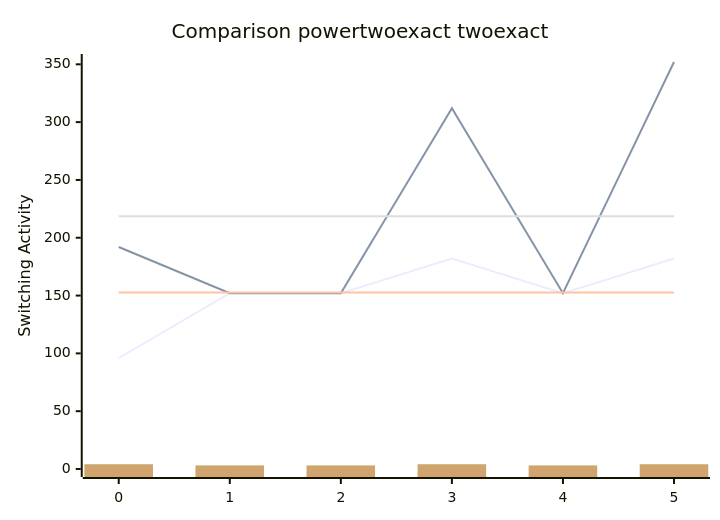
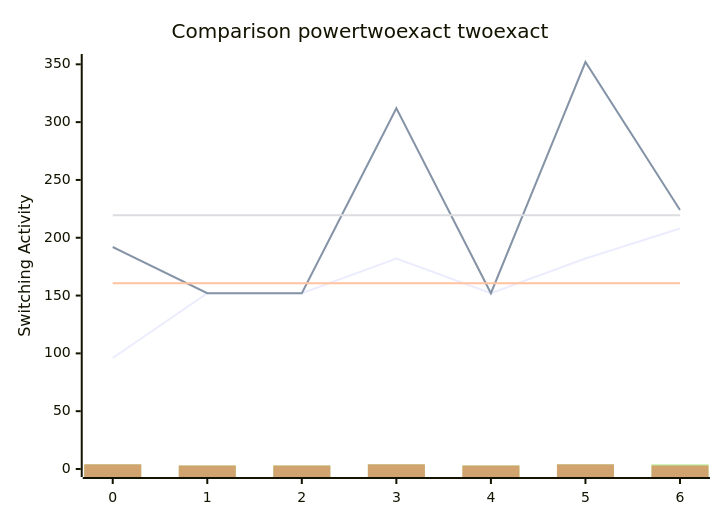
One commit to FeldmeierMichael/Exact-Power-Synthesis changed the diagram in benchmark.md. Above: the diagram before and after it, drawn with Mermaid. The commit also changed other lines of this file and 2 other files, not shown here.

````diff
--- a/benchmark.md
+++ b/benchmark.md
@@ -13,12 +15,12 @@
 ```mermaid
 xychart-beta
     title "Comparison powertwoexact twoexact"
-    x-axis [0, 1, 2, 3, 4, 5]
+    x-axis [0, 1, 2, 3, 4, 5, 6]
     y-axis "Switching Activity" 0-->352
-    line [96, 152, 152, 182, 152, 182]
-    line [192, 152, 152, 312, 152, 352]
-    line [152.66666666666666, 152.66666666666666, 152.66666666666666, 152.66666666666666, 152.66666666666666, 152.66666666666666]
-    line [218.66666666666666, 218.66666666666666, 218.66666666666666, 218.66666666666666, 218.66666666666666, 218.66666666666666]
-    bar [4, 3, 3, 4, 3, 4, 4, 3, 3, 4, 3, 4, 4, 3, 3, 4, 3, 4, 4, 3, 3, 4, 3, 4, 4, 3, 3, 4, 3, 4, 4, 3, 3, 4, 3, 4, 4, 3, 3, 4, 3, 4, 4, 3, 3, 4, 3, 4, 4, 3, 3, 4, 3, 4, 4, 3, 3, 4, 3, 4, 4, 3, 3, 4, 3, 4, 4, 3, 3, 4, 3, 4, 4, 3, 3, 4, 3, 4, 4, 3, 3, 4, 3, 4, 4, 3, 3, 4, 3, 4, 4, 3, 3, 4, 3, 4, 4, 3, 3, 4, 3, 4, 4, 3, 3, 4, 3, 4, 4, 3, 3, 4, 3, 4, 4, 3, 3, 4, 3, 4]
-    bar [4, 3, 3, 4, 3, 4, 4, 3, 3, 4, 3, 4, 4, 3, 3, 4, 3, 4, 4, 3, 3, 4, 3, 4, 4, 3, 3, 4, 3, 4, 4, 3, 3, 4, 3, 4, 4, 3, 3, 4, 3, 4, 4, 3, 3, 4, 3, 4, 4, 3, 3, 4, 3, 4, 4, 3, 3, 4, 3, 4, 4, 3, 3, 4, 3, 4, 4, 3, 3, 4, 3, 4, 4, 3, 3, 4, 3, 4, 4, 3, 3, 4, 3, 4, 4, 3, 3, 4, 3, 4, 4, 3, 3, 4, 3, 4, 4, 3, 3, 4, 3, 4, 4, 3, 3, 4, 3, 4, 4, 3, 3, 4, 3, 4, 4, 3, 3, 4, 3, 4]
+    line [96, 152, 152, 182, 152, 182, 208]
+    line [192, 152, 152, 312, 152, 352, 224]
+    line [160.57142857142858, 160.57142857142858, 160.57142857142858, 160.57142857142858, 160.57142857142858, 160.57142857142858, 160.57142857142858]
+    line [219.42857142857142, 219.42857142857142, 219.42857142857142, 219.42857142857142, 219.42857142857142, 219.42857142857142, 219.42857142857142]
+    bar [4, 3, 3, 4, 3, 4, 4, 4, 3, 3, 4, 3, 4, 4, 4, 3, 3, 4, 3, 4, 4, 4, 3, 3, 4, 3, 4, 4, 4, 3, 3, 4, 3, 4, 4, 4, 3, 3, 4, 3, 4, 4, 4, 3, 3, 4, 3, 4, 4, 4, 3, 3, 4, 3, 4, 4, 4, 3, 3, 4, 3, 4, 4, 4, 3, 3, 4, 3, 4, 4, 4, 3, 3, 4, 3, 4, 4, 4, 3, 3, 4, 3, 4, 4, 4, 3, 3, 4, 3, 4, 4, 4, 3, 3, 4, 3, 4, 4, 4, 3, 3, 4, 3, 4, 4, 4, 3, 3, 4, 3, 4, 4, 4, 3, 3, 4, 3, 4, 4, 4, 3, 3, 4, 3, 4, 4, 4, 3, 3, 4, 3, 4, 4, 4, 3, 3, 4, 3, 4, 4]
+    bar [4, 3, 3, 4, 3, 4, 3, 4, 3, 3, 4, 3, 4, 3, 4, 3, 3, 4, 3, 4, 3, 4, 3, 3, 4, 3, 4, 3, 4, 3, 3, 4, 3, 4, 3, 4, 3, 3, 4, 3, 4, 3, 4, 3, 3, 4, 3, 4, 3, 4, 3, 3, 4, 3, 4, 3, 4, 3, 3, 4, 3, 4, 3, 4, 3, 3, 4, 3, 4, 3, 4, 3, 3, 4, 3, 4, 3, 4, 3, 3, 4, 3, 4, 3, 4, 3, 3, 4, 3, 4, 3, 4, 3, 3, 4, 3, 4, 3, 4, 3, 3, 4, 3, 4, 3, 4, 3, 3, 4, 3, 4, 3, 4, 3, 3, 4, 3, 4, 3, 4, 3, 3, 4, 3, 4, 3, 4, 3, 3, 4, 3, 4, 3, 4, 3, 3, 4, 3, 4, 3]
 ```
````
